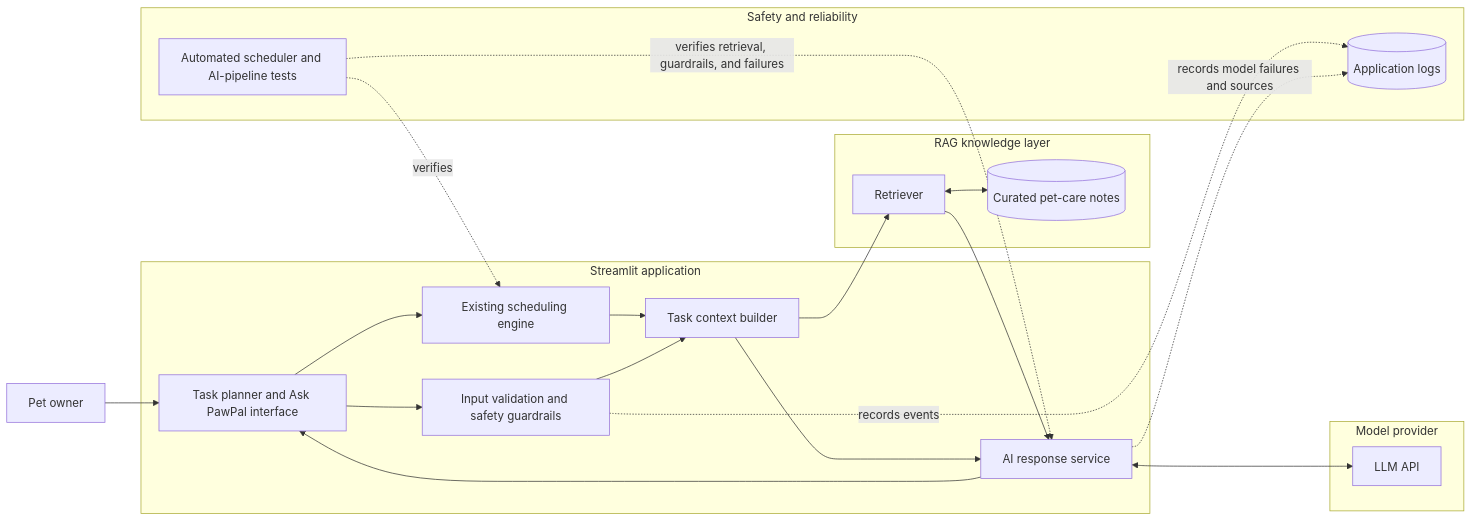
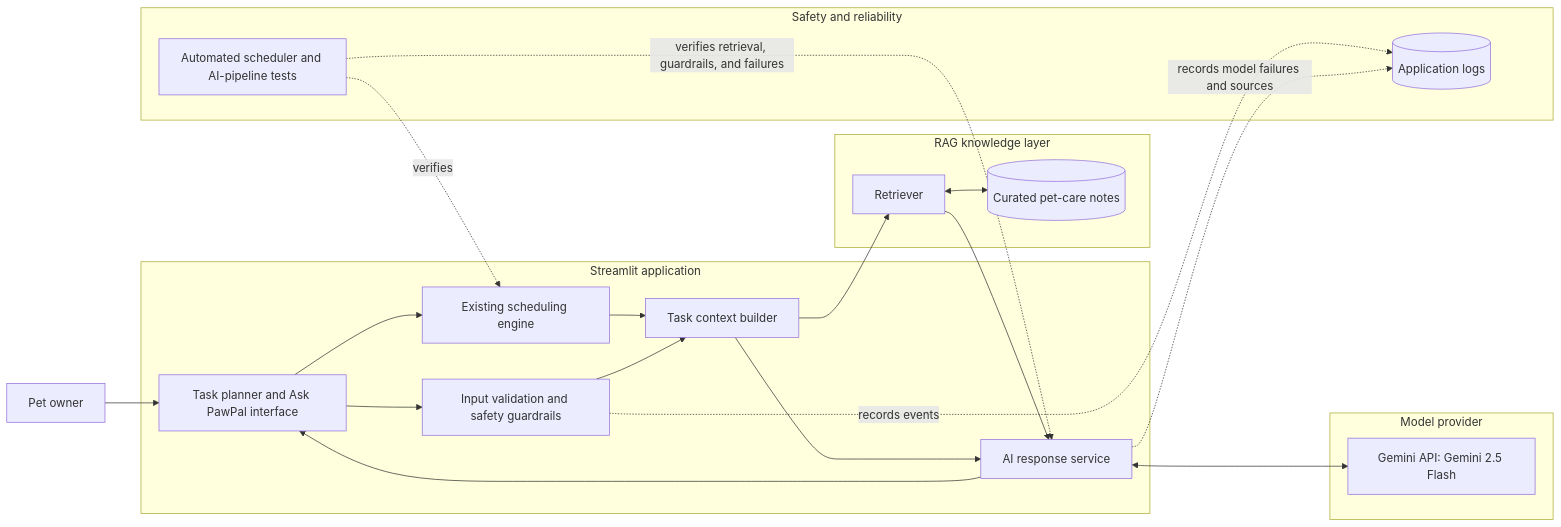
One commit to harshypoo/ai110-applied-ai-system-project changed the diagram in diagrams/architecture.mmd. Above: the diagram before and after it, drawn with Mermaid.

Commit message:
docs: specify Gemini architecture provider

```diff
--- a/diagrams/architecture.mmd
+++ b/diagrams/architecture.mmd
@@ -1,43 +1,43 @@
 flowchart LR
     %% Planned architecture for the applied-AI evolution of PawPal+
     %% Solid arrows carry application data; dashed arrows are observability/test paths.
 
     User[Pet owner]
 
     subgraph App[Streamlit application]
         UI[Task planner and Ask PawPal interface]
         Context[Task context builder]
         Scheduler[Existing scheduling engine]
         Guardrails[Input validation and safety guardrails]
         AI[AI response service]
     end
 
     subgraph Knowledge[RAG knowledge layer]
         Retriever[Retriever]
         Notes[(Curated pet-care notes)]
     end
 
     subgraph External[Model provider]
-        Model[LLM API]
+        Model[Gemini API: Gemini 2.5 Flash]
     end
 
     subgraph Quality[Safety and reliability]
         Logs[(Application logs)]
         Tests[Automated scheduler and AI-pipeline tests]
     end
 
     User --> UI
     UI --> Scheduler
     Scheduler --> Context
     UI --> Guardrails
     Guardrails --> Context
     Context --> Retriever
     Retriever <--> Notes
     Retriever --> AI
     Context --> AI
     AI <--> Model
     AI --> UI
     Guardrails -. records events .-> Logs
     AI -. records model failures and sources .-> Logs
     Tests -. verifies .-> Scheduler
     Tests -. verifies retrieval, guardrails, and failures .-> AI
```
